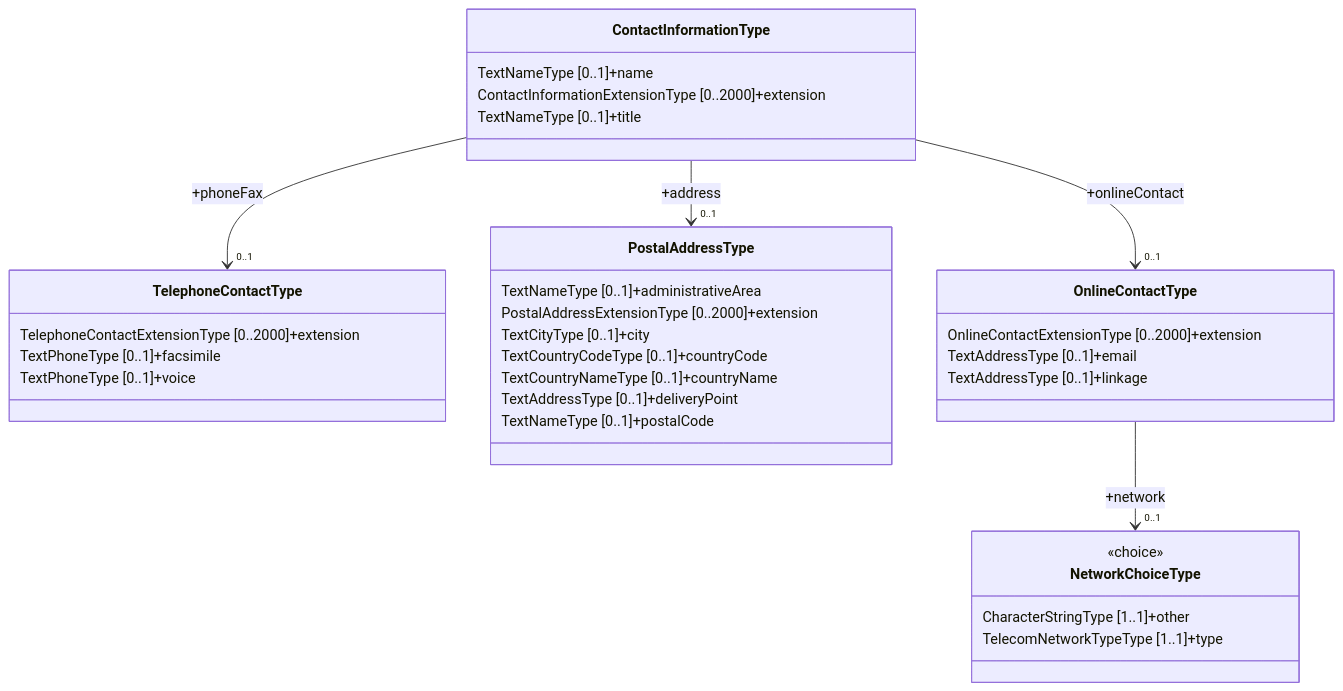
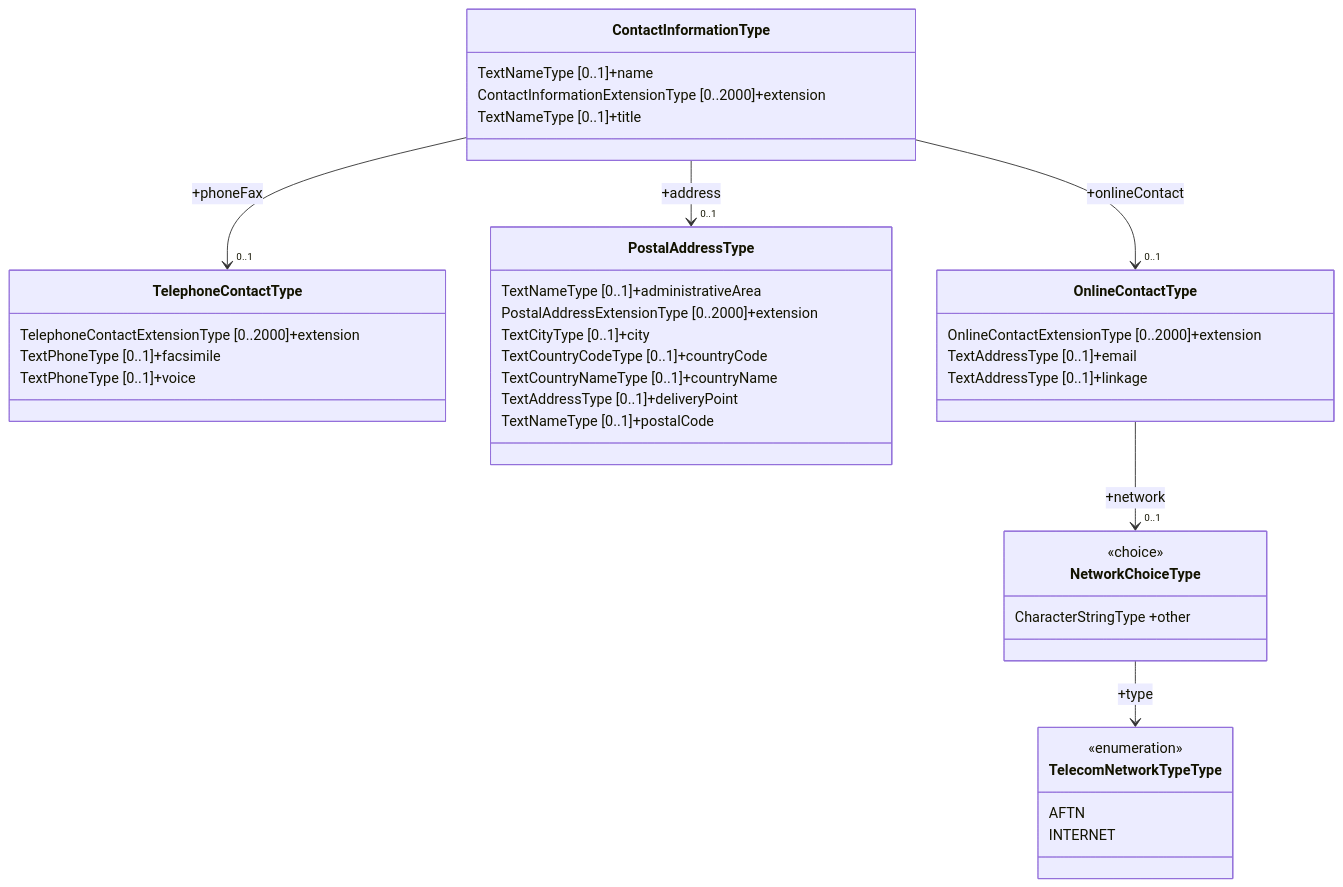
One commit to du-lapin/test_docsify changed the diagram in docs/fixm/FIXM_UML_in_mermaid.md. Above: the diagram before and after it, drawn with Mermaid. The commit also changed other lines of this file, not shown here.

````diff
--- a/docs/fixm/FIXM_UML_in_mermaid.md
+++ b/docs/fixm/FIXM_UML_in_mermaid.md
@@ -5,35 +5,41 @@
 ```mermaid
 classDiagram
 class ContactInformationType
 ContactInformationType : TextNameType [0..1]+name
 ContactInformationType : ContactInformationExtensionType [0..2000]+extension
 %% ContactInformationType : PostalAddressType [0..1]+address
 %% ContactInformationType : OnlineContactType [0..2000]+onlineContact
 %% ContactInformationType : TelephoneContactType [0..1]+phoneFax
 ContactInformationType : TextNameType [0..1]+title
 class TelephoneContactType
 TelephoneContactType : TelephoneContactExtensionType [0..2000]+extension
 TelephoneContactType : TextPhoneType [0..1]+facsimile
 TelephoneContactType : TextPhoneType [0..1]+voice
 class PostalAddressType
 PostalAddressType : TextNameType [0..1]+administrativeArea
 PostalAddressType : PostalAddressExtensionType [0..2000]+extension
 PostalAddressType : TextCityType [0..1]+city
 PostalAddressType : TextCountryCodeType [0..1]+countryCode
 PostalAddressType : TextCountryNameType [0..1]+countryName
 PostalAddressType : TextAddressType [0..1]+deliveryPoint
 PostalAddressType : TextNameType [0..1]+postalCode
 class OnlineContactType
 OnlineContactType : OnlineContactExtensionType [0..2000]+extension
 OnlineContactType : TextAddressType [0..1]+email
 OnlineContactType : TextAddressType [0..1]+linkage
 %% OnlineContactType : NetworkChoiceType [0..1]+network
 class NetworkChoiceType
 <<choice>> NetworkChoiceType
-NetworkChoiceType : CharacterStringType [1..1]+other
-NetworkChoiceType : TelecomNetworkTypeType [1..1]+type
+NetworkChoiceType : CharacterStringType +other
+%% NetworkChoiceType : TelecomNetworkTypeType +type
+class TelecomNetworkTypeType{
+<<enumeration>>
+AFTN
+INTERNET
+}
 ContactInformationType --> "0..1" TelephoneContactType : +phoneFax
 ContactInformationType --> "0..1" PostalAddressType : +address
 ContactInformationType --> "0..1" OnlineContactType : +onlineContact
 OnlineContactType --> "0..1" NetworkChoiceType : +network
+NetworkChoiceType --> TelecomNetworkTypeType : +type
 ```
````
